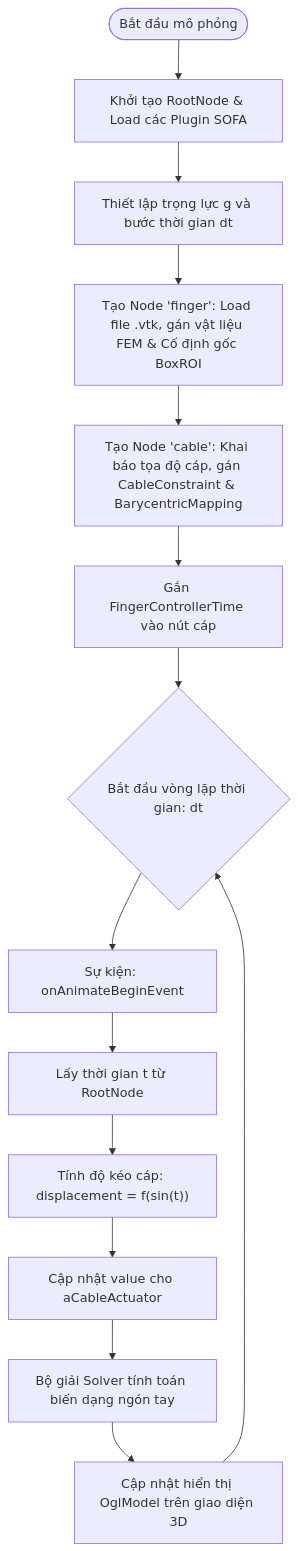
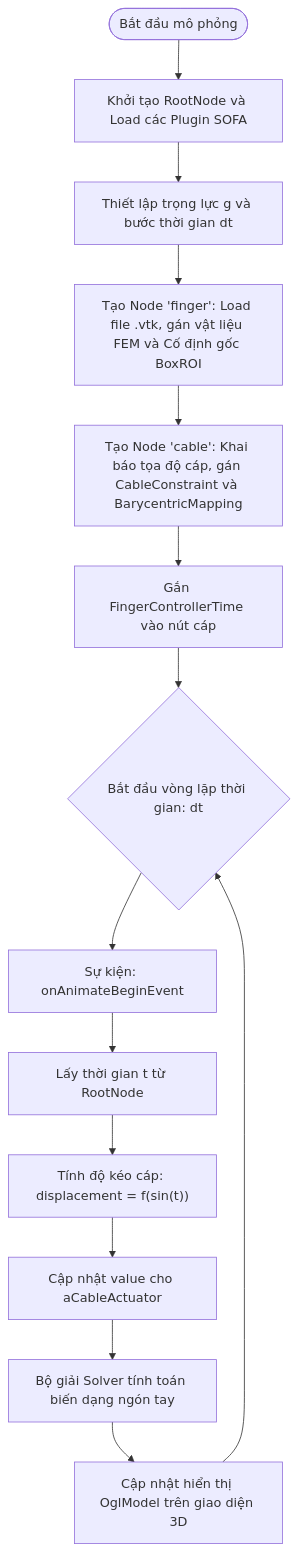
The diagram in README.md (KHA1386/SOFA-cable-controlled-finger-Khuat-Hung-Anh), drawn with Mermaid before and after one commit. The commit also changed other lines of this file, not shown here.

````diff
--- a/README.md
+++ b/README.md
@@ -92,17 +92,17 @@
 ```mermaid
 flowchart TD
-    A([Bắt đầu mô phỏng]) --> B[Khởi tạo RootNode & Load các Plugin SOFA]
+    A([Bắt đầu mô phỏng]) --> B[Khởi tạo RootNode và Load các Plugin SOFA]
     B --> C[Thiết lập trọng lực g và bước thời gian dt]
-    C --> D[Tạo Node 'finger': Load file .vtk, gán vật liệu FEM & Cố định gốc BoxROI]
-    D --> E[Tạo Node 'cable': Khai báo tọa độ cáp, gán CableConstraint & BarycentricMapping]
+    C --> D[Tạo Node 'finger': Load file .vtk, gán vật liệu FEM và Cố định gốc BoxROI]
+    D --> E[Tạo Node 'cable': Khai báo tọa độ cáp, gán CableConstraint và BarycentricMapping]
     E --> F[Gắn FingerControllerTime vào nút cáp]
     
     F --> G{Bắt đầu vòng lặp thời gian: dt}
     G --> H[Sự kiện: onAnimateBeginEvent]
     H --> I[Lấy thời gian t từ RootNode]
     I --> J["Tính độ kéo cáp: displacement = f(sin(t))"]
     J --> K[Cập nhật value cho aCableActuator]
     K --> L[Bộ giải Solver tính toán biến dạng ngón tay]
     L --> M[Cập nhật hiển thị OglModel trên giao diện 3D]
     M --> G
 ```
````
